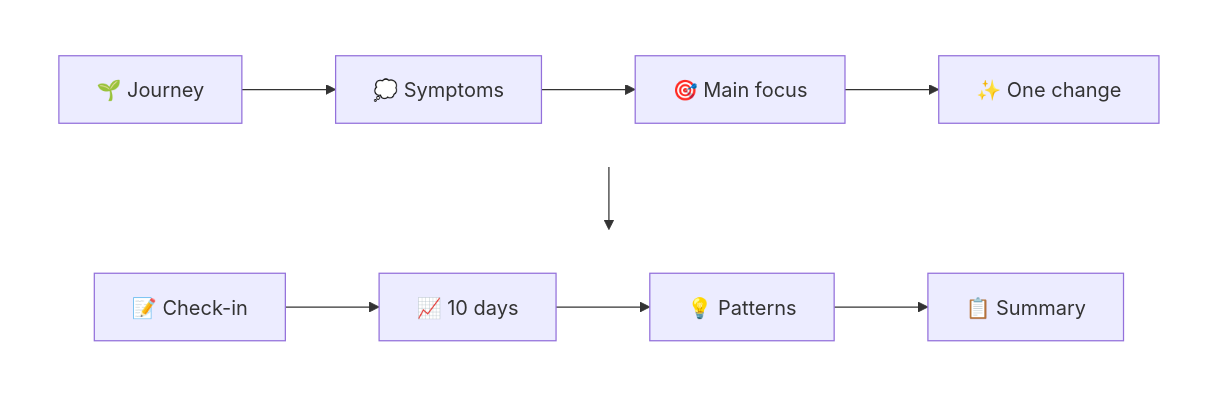
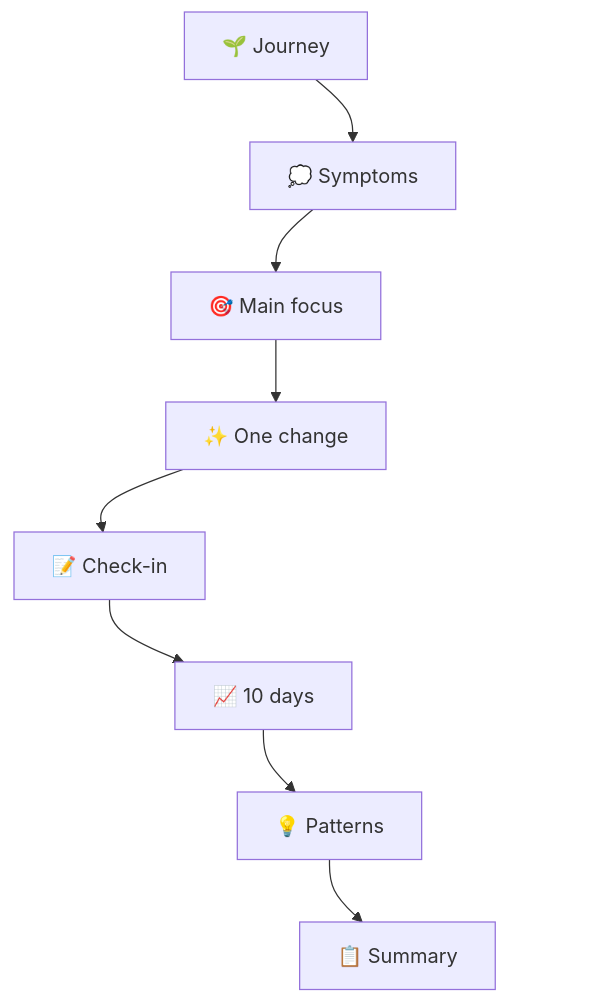
One commit to Huth-P/vitality-flow-splash changed the diagram in README.md. Above: the diagram before and after it, drawn with Mermaid.

Commit message:
Simplify flowchart in README
Removed unnecessary subgraphs from the flowchart and simplified connections between nodes.

````diff
--- a/README.md
+++ b/README.md
@@ -29,18 +29,13 @@
 ```mermaid
 flowchart TB
 
-    subgraph top[" "]
-        direction LR
-        A["🌱 Journey"] --> B["💭 Symptoms"] --> C["🎯 Main focus"] --> D["✨ One change"]
-    end
-
-    subgraph bottom[" "]
-        direction LR
-        E["📝 Check-in"] --> F["📈 10 days"] --> G["💡 Patterns"] --> H["📋 Summary"]
-    end
+    A["🌱 Journey"] --> B["💭 Symptoms"] --> C["🎯 Main focus"] --> D["✨ One change"]
+    E["📝 Check-in"] --> F["📈 10 days"] --> G["💡 Patterns"] --> H["📋 Summary"]
 
     D --> E
 
-    style top fill:none,stroke:none
-    style bottom fill:none,stroke:none
+    A ~~~ E
+    B ~~~ F
+    C ~~~ G
+    D ~~~ H
 ```
````
